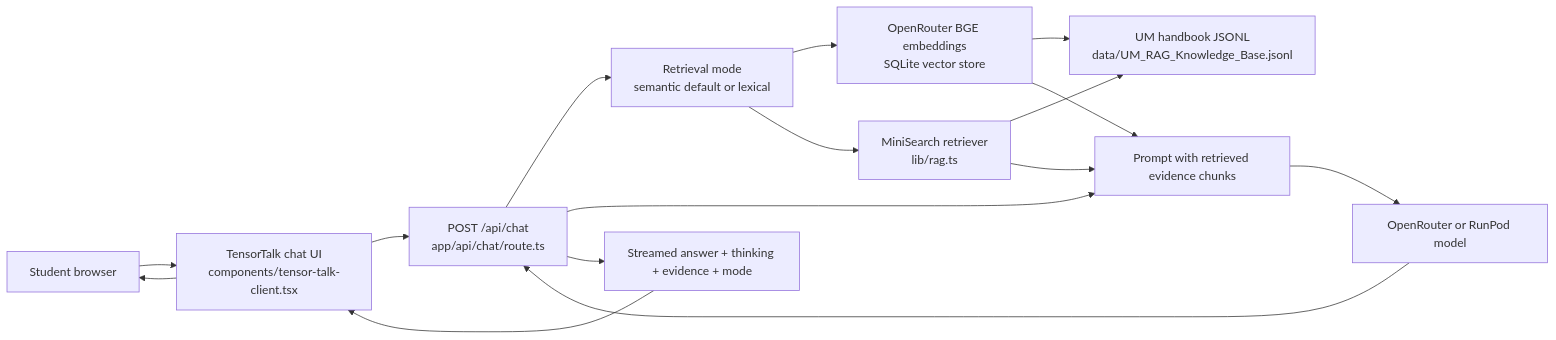
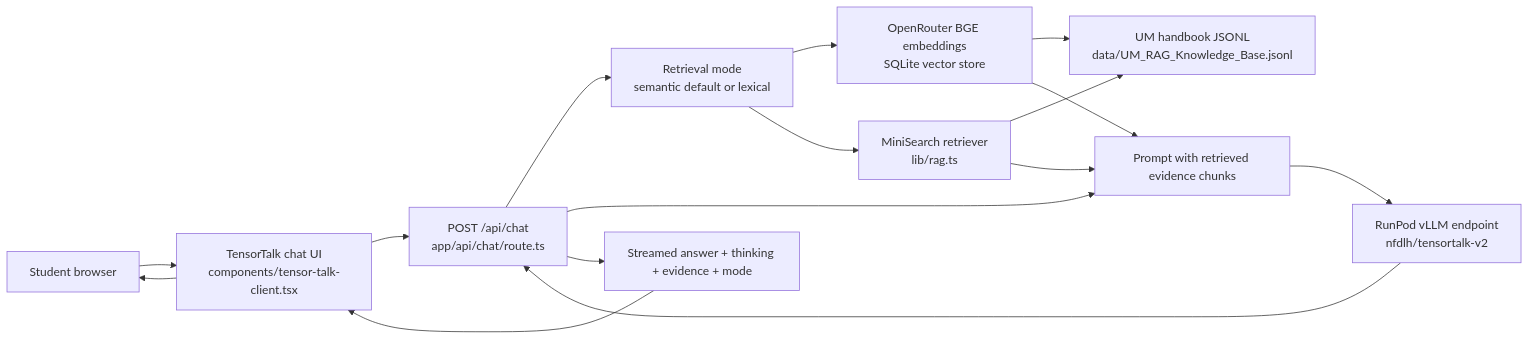
Before and after one commit to nfdlh/tensor-talk: the diagram in README.md, drawn with Mermaid. The commit also changed other lines of this file and 13 other files, not shown here.

````diff
--- a/README.md
+++ b/README.md
@@ -16,22 +16,22 @@
 ```mermaid
 flowchart LR
   User["Student browser"]
   UI["TensorTalk chat UI<br/>components/tensor-talk-client.tsx"]
   API["POST /api/chat<br/>app/api/chat/route.ts"]
   Mode["Retrieval mode<br/>semantic default or lexical"]
   Semantic["OpenRouter BGE embeddings<br/>SQLite vector store"]
   Lexical["MiniSearch retriever<br/>lib/rag.ts"]
   KB["UM handbook JSONL<br/>data/UM_RAG_Knowledge_Base.jsonl"]
   Prompt["Prompt with retrieved evidence chunks"]
-  Model["OpenRouter or RunPod model"]
+  Model["RunPod vLLM endpoint<br/>nfdlh/tensortalk-v2"]
   Response["Streamed answer + thinking + evidence + mode"]
 
   User --> UI --> API
   API --> Mode
   Mode --> Semantic --> KB
   Mode --> Lexical --> KB
   Semantic --> Prompt
   Lexical --> Prompt
   API --> Prompt --> Model --> API
   API --> Response --> UI --> User
 ```
````
